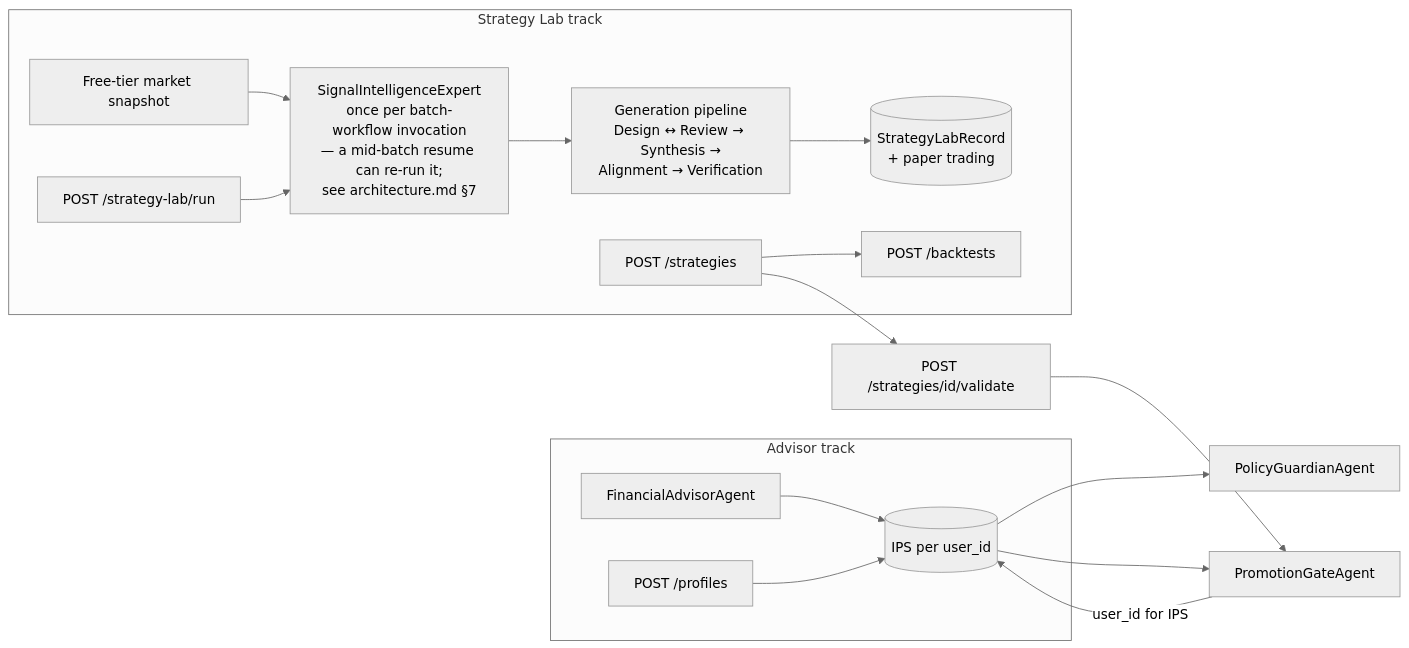
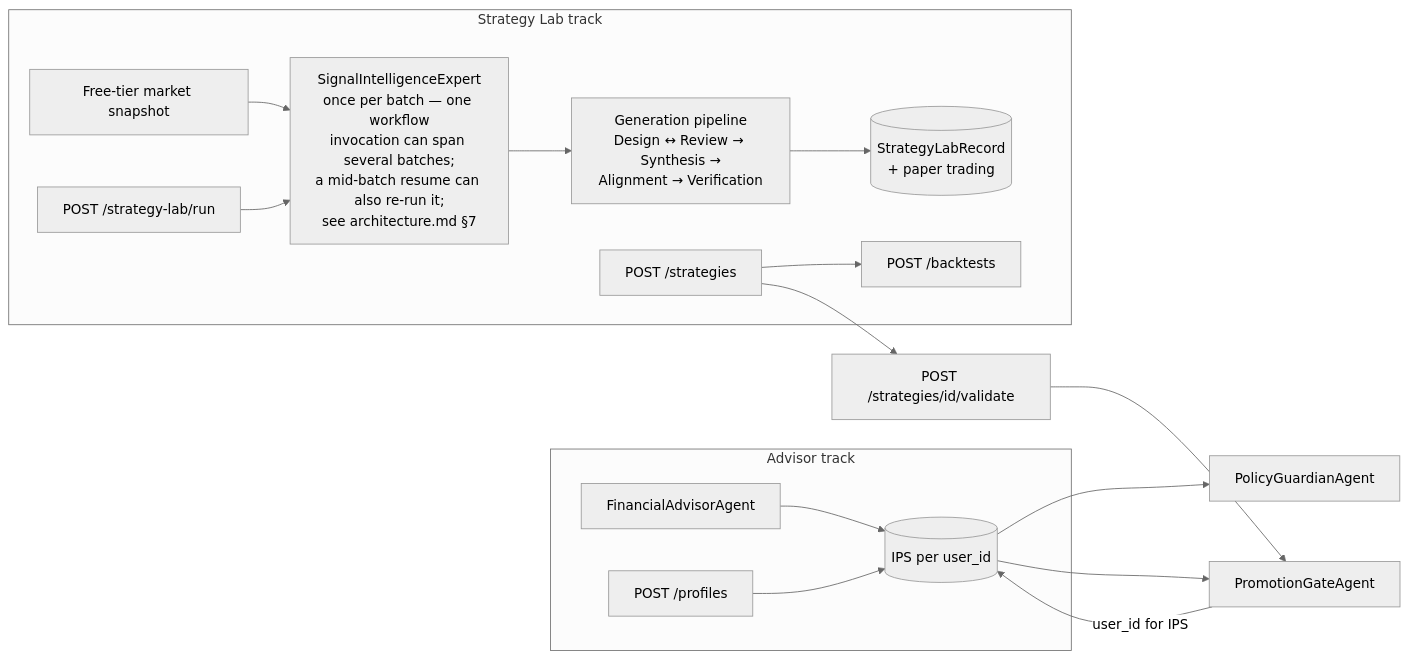
One commit to brandonkindred/Khala-Agentic-AI-Teams changed the diagram in backend/agents/investment_team/README.md. Above: the diagram before and after it, drawn with Mermaid (neutral theme). The commit also changed 1 other file, not shown here.

First paragraph of the commit message:
docs(investment): add missing paper-session persistence edge, fix signal-brief frequency wording
Two findings from the latest codex review round, verified against source:

````diff
--- a/backend/agents/investment_team/README.md
+++ b/backend/agents/investment_team/README.md
@@ -16,29 +16,29 @@
 ```mermaid
 flowchart LR
   subgraph advisor [Advisor track]
     FA[FinancialAdvisorAgent]
     Prof[POST /profiles]
     IPS[(IPS per user_id)]
     FA --> IPS
     Prof --> IPS
   end
   subgraph lab [Strategy Lab track]
     MD[Free-tier market snapshot]
     SL[POST /strategy-lab/run]
-    SIG[SignalIntelligenceExpert<br/>once per batch-workflow invocation<br/>— a mid-batch resume can re-run it;<br/>see architecture.md §7]
+    SIG[SignalIntelligenceExpert<br/>once per batch — one workflow<br/>invocation can span several batches;<br/>a mid-batch resume can also re-run it;<br/>see architecture.md §7]
     GP[Generation pipeline<br/>Design ↔ Review → Synthesis →<br/>Alignment → Verification]
     LabRec[(StrategyLabRecord<br/>+ paper trading)]
     ST[POST /strategies]
     BT[POST /backtests]
     SL --> SIG
     MD --> SIG
     SIG --> GP
     GP --> LabRec
     ST --> BT
   end
   IPS --> PG[PolicyGuardianAgent]
   IPS --> PGate[PromotionGateAgent]
   ST --> Val[POST /strategies/id/validate]
   Val --> PGate
   PGate -->|"user_id for IPS"| IPS
 ```
````
